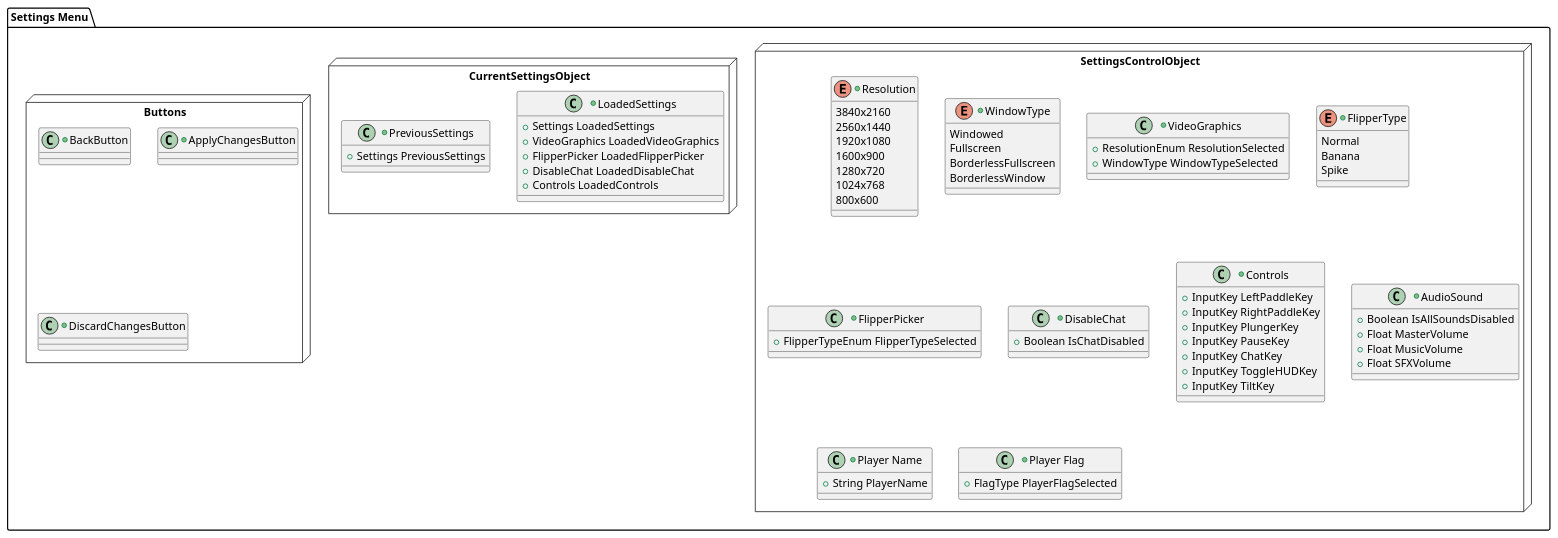
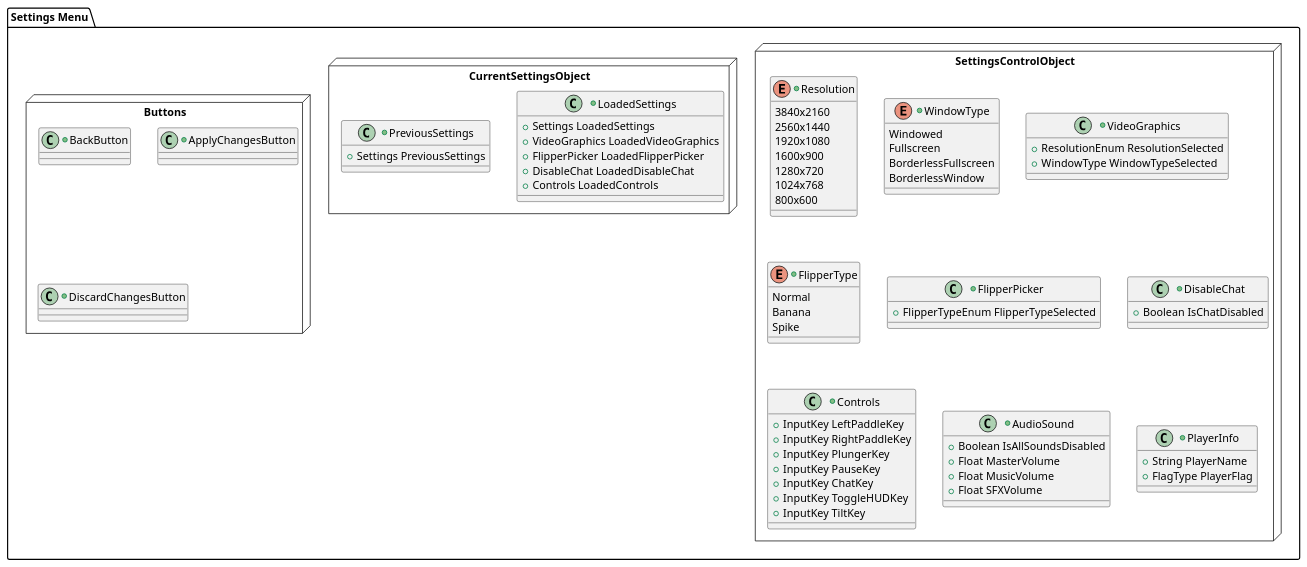
Before and after one commit to firsthour777/pinball-flax: the diagram in Design/SettingsMenuClassDiagram/SettingsMenuClassDiagram.puml, drawn with PlantUML. The commit also changed 6 other files, not shown here.

Commit message:
finished initial class diagrams

```diff
--- a/Design/SettingsMenuClassDiagram/SettingsMenuClassDiagram.puml
+++ b/Design/SettingsMenuClassDiagram/SettingsMenuClassDiagram.puml
@@ -5,155 +5,152 @@
 @startuml SettingsMenuClassDiagram
 
 
 top to bottom direction
 
 package "Settings Menu" {
 
     package SettingsControlObject <<Node>> {
 
 
 
         +Enum "Resolution" as ResolutionEnum {
             3840x2160
             2560x1440
             1920x1080
             1600x900
             1280x720
             1024x768
             800x600
         }
 
         +Enum "WindowType" as WindowTypeEnum {
             Windowed
             Fullscreen
             BorderlessFullscreen
             BorderlessWindow
         }
 
         +Class "VideoGraphics" as VideoGraphicsClass{
             +ResolutionEnum ResolutionSelected
             +WindowType WindowTypeSelected
         }
 
 
 
         ' This class will be to control the video graphics of the game
         ' Resolution
         ' Window Type - Windowed, fullscreen, Borderless Fullscreen, Borderless Window
         ' VSync
         ' AntiAliasing
         ' Texture Quality
         ' Shadow Quality
         ' Post Processing
         ' Bloom
         ' Motion Blur
         ' Depth of Field
         ' Ambient Occlusion
         ' Most of these are unused in such a simple game like this.
 
 
 
 
         +Enum "FlipperType" as FlipperTypeEnum {
             Normal
             Banana
             Spike
         }
 
         +Class "FlipperPicker" as FlipperPickerClass {
             +FlipperTypeEnum FlipperTypeSelected
         }
 
         +Class "DisableChat" as DisableChatClass {
             +Boolean IsChatDisabled
         }
 
         +Class "Controls" as ControlsClass {
             ' When chatting ignore other keys
             +InputKey LeftPaddleKey
             +InputKey RightPaddleKey
             +InputKey PlungerKey
             +InputKey PauseKey
             +InputKey ChatKey
             +InputKey ToggleHUDKey
             +InputKey TiltKey
 
         }
 
         +Class "AudioSound" as AudioSoundClass {
             +Boolean IsAllSoundsDisabled
             +Float MasterVolume
             +Float MusicVolume
             +Float SFXVolume
         }
 
 
-        +Class "Player Name" as PlayerNameClass {
+
+
+        +Class "PlayerInfo" as PlayerInfoClass{
             ' Dissallow modification during gameplay
             +String PlayerName
-
+            +FlagType PlayerFlag
         }
 
-        +Class "Player Flag" as PlayerFlagClass {
-            ' Dissallow modification during gameplay
-            +FlagType PlayerFlagSelected
-
-        }
 
     }
 
 
 
 
 
     package CurrentSettingsObject <<Node>> {
 
         +Class "LoadedSettings" as LoadedSettingsClass {
             +Settings LoadedSettings
             +VideoGraphics LoadedVideoGraphics
             +FlipperPicker LoadedFlipperPicker
             +DisableChat LoadedDisableChat
             +Controls LoadedControls
 
         }
 
         +Class "PreviousSettings" as PreviousSettingsClass {
             +Settings PreviousSettings
         }
 
     }
 
     package Buttons <<Node>> {
         ' Buttons
         +Class "BackButton" as BackButtonClass {
 
         }
 
         +Class "ApplyChangesButton" as ApplyChangesButtonClass {
 
         }
 
         +Class "DiscardChangesButton" as DiscardChangesButtonClass {
 
         }
     }
 
 
 
 
 
 }
 
 
 
 
 
 
 
 
 
 
 
 
 
 @enduml
```
